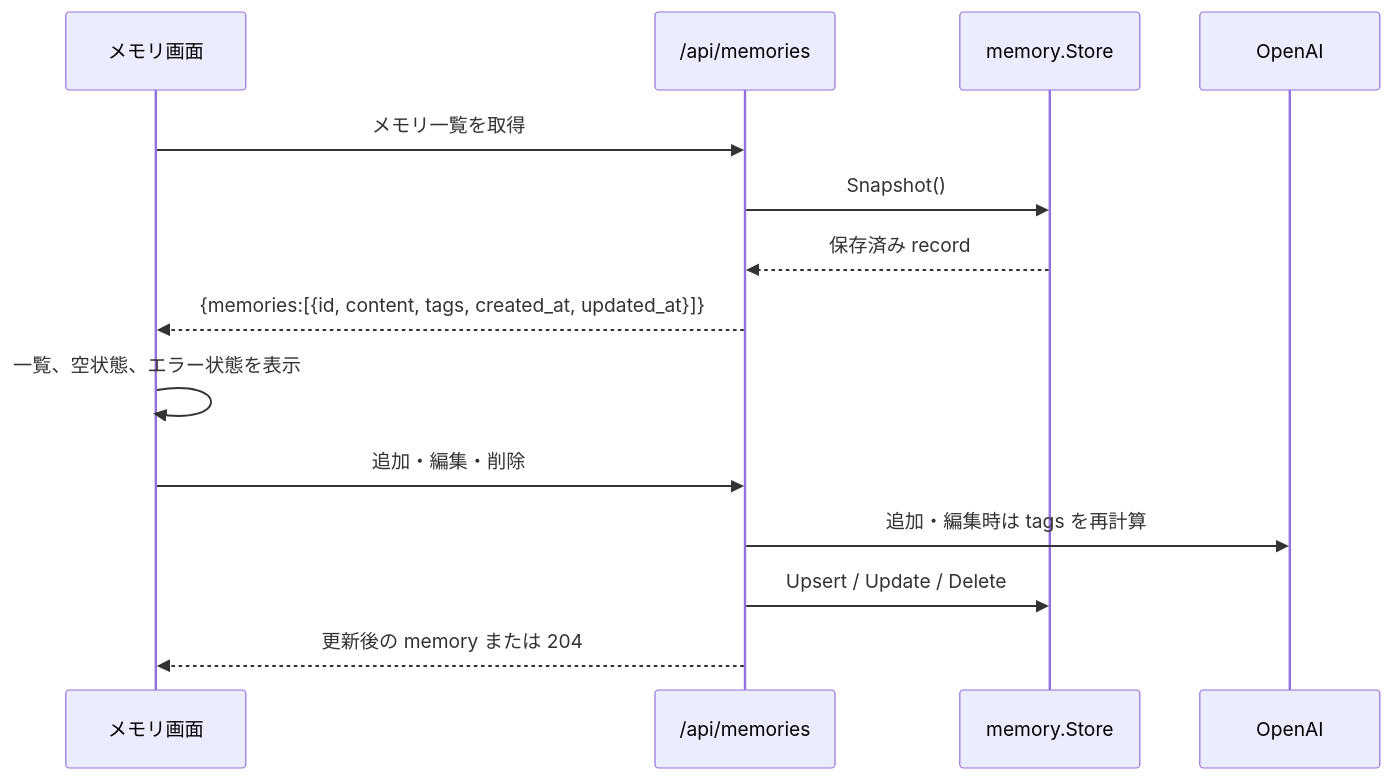
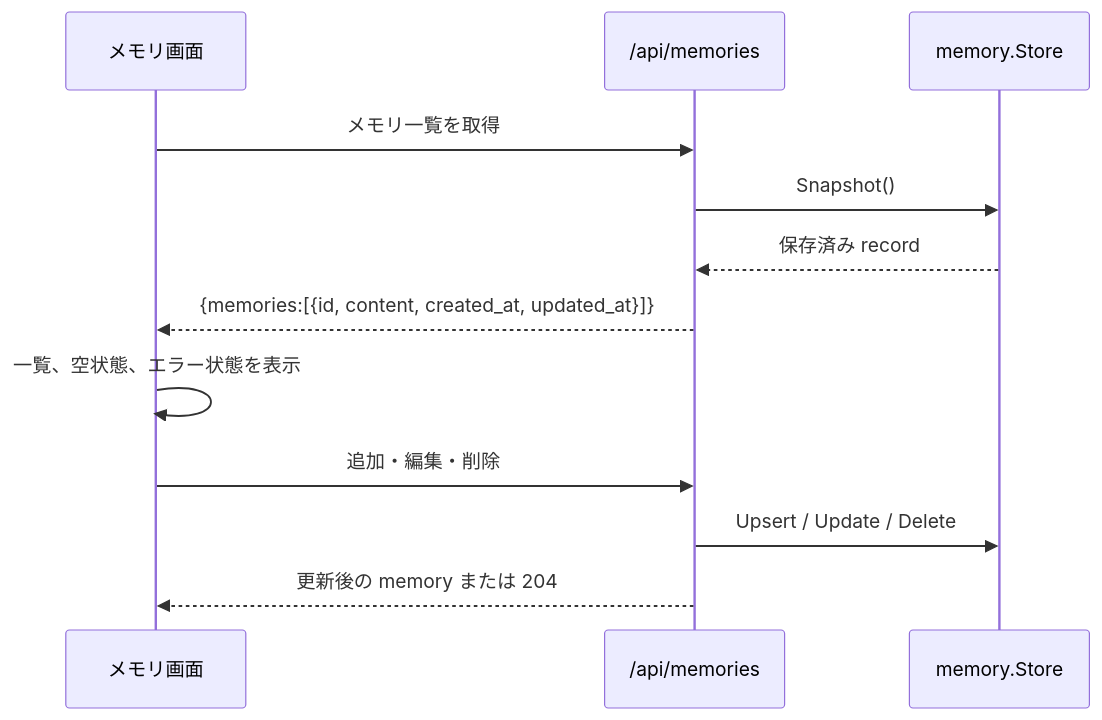
One commit to tetetratra/smart-speaker changed the third of 3 diagrams in docs/hooks/memory.md. Above: the diagram before and after it, drawn with Mermaid. The commit also changed other lines of this file and 20 other files, not shown here.

````diff
--- a/docs/hooks/memory.md
+++ b/docs/hooks/memory.md
@@ -137,17 +134,15 @@
 ```mermaid
 sequenceDiagram
     participant UI as メモリ画面
     participant HTTP as /api/memories
     participant Store as memory.Store
-    participant AI as OpenAI
 
     UI->>HTTP: メモリ一覧を取得
     HTTP->>Store: Snapshot()
     Store-->>HTTP: 保存済み record
-    HTTP-->>UI: {memories:[{id, content, tags, created_at, updated_at}]}
+    HTTP-->>UI: {memories:[{id, content, created_at, updated_at}]}
     UI->>UI: 一覧、空状態、エラー状態を表示
     UI->>HTTP: 追加・編集・削除
-    HTTP->>AI: 追加・編集時は tags を再計算
     HTTP->>Store: Upsert / Update / Delete
     HTTP-->>UI: 更新後の memory または 204
 ```
````
